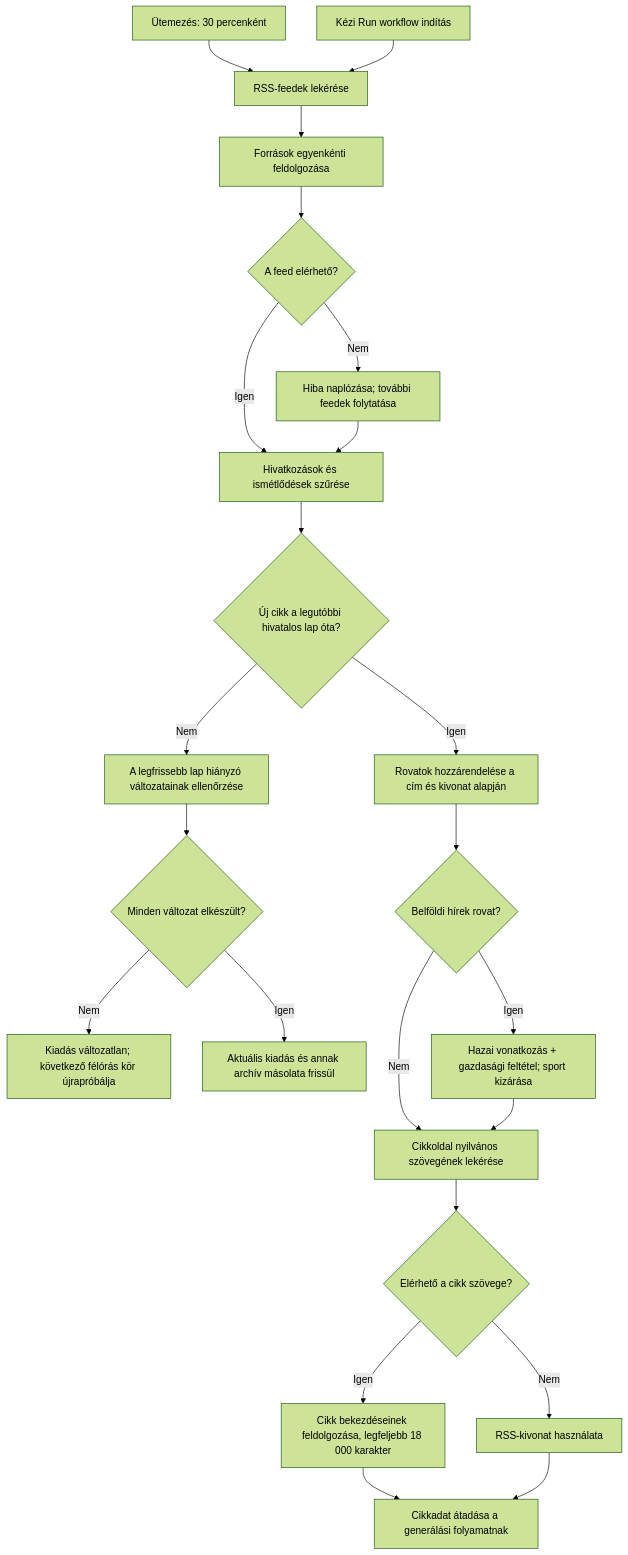
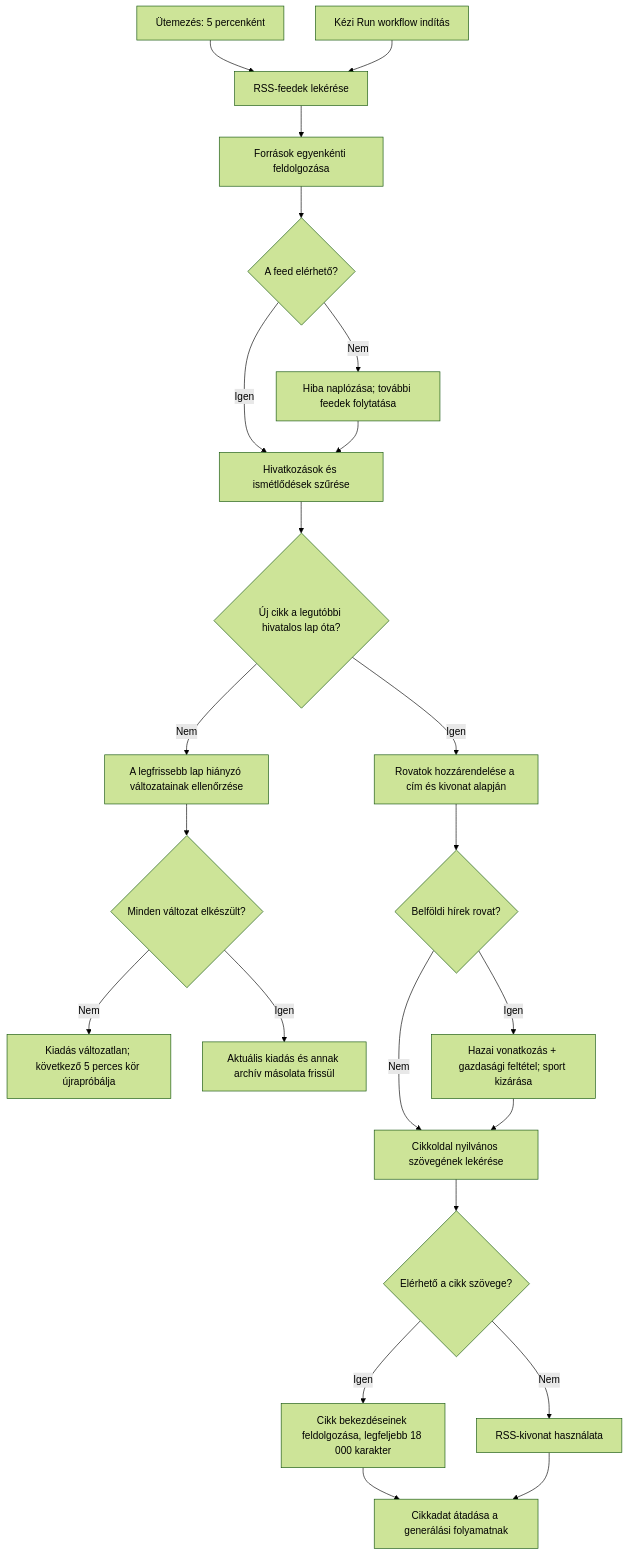
One commit to ngynrbrt-prog/nanonews changed the second of 5 diagrams in Dokumentumok/NANONews-mukodesi-leiras.md. Above: the diagram before and after it, drawn with Mermaid (forest theme). The commit also changed other lines of this file, not shown here.

````diff
--- a/Dokumentumok/NANONews-mukodesi-leiras.md
+++ b/Dokumentumok/NANONews-mukodesi-leiras.md
@@ -100,25 +100,25 @@
 ```mermaid
 flowchart TD
-  schedule["Ütemezés: 30 percenként"] --> fetch["RSS-feedek lekérése"]
+  schedule["Ütemezés: 5 percenként"] --> fetch["RSS-feedek lekérése"]
   manual["Kézi Run workflow indítás"] --> fetch
   fetch --> feeds["Források egyenkénti feldolgozása"]
   feeds --> available{"A feed elérhető?"}
   available -->|Nem| log["Hiba naplózása; további feedek folytatása"]
   available -->|Igen| dedupe["Hivatkozások és ismétlődések szűrése"]
   log --> dedupe
   dedupe --> newer{"Új cikk a legutóbbi hivatalos lap óta?"}
   newer -->|Nem| pending["A legfrissebb lap hiányzó változatainak ellenőrzése"]
   pending --> done{"Minden változat elkészült?"}
-  done -->|Nem| unchanged["Kiadás változatlan; következő félórás kör újrapróbálja"]
+  done -->|Nem| unchanged["Kiadás változatlan; következő 5 perces kör újrapróbálja"]
   done -->|Igen| sync["Aktuális kiadás és annak archív másolata frissül"]
   newer -->|Igen| topics["Rovatok hozzárendelése a cím és kivonat alapján"]
   topics --> domestic{"Belföldi hírek rovat?"}
   domestic -->|Igen| econ["Hazai vonatkozás + gazdasági feltétel; sport kizárása"]
   domestic -->|Nem| article["Cikkoldal nyilvános szövegének lekérése"]
   econ --> article
   article --> body{"Elérhető a cikk szövege?"}
   body -->|Igen| full["Cikk bekezdéseinek feldolgozása, legfeljebb 18 000 karakter"]
   body -->|Nem| excerpt["RSS-kivonat használata"]
   full --> prepare["Cikkadat átadása a generálási folyamatnak"]
   excerpt --> prepare
 ```
````
